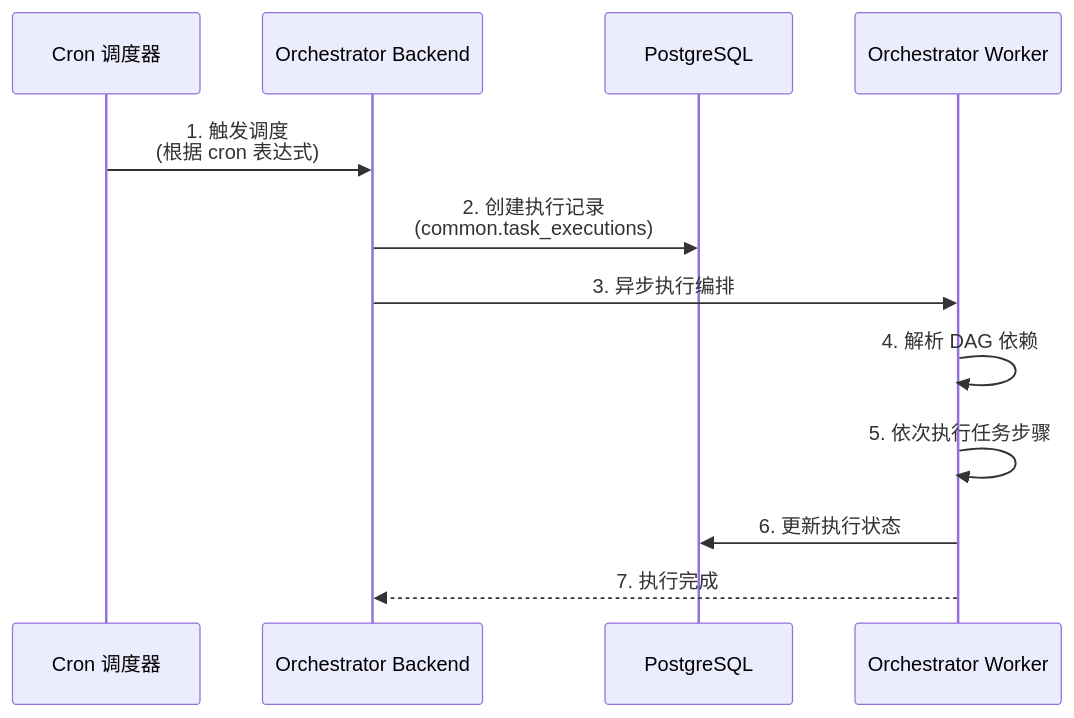
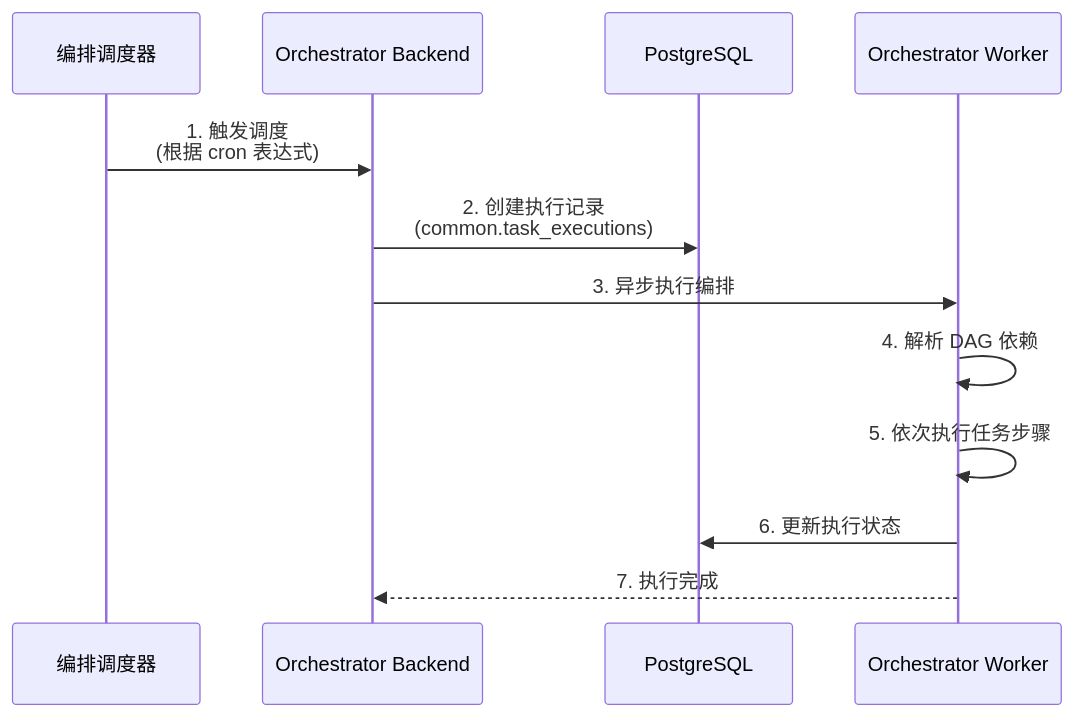
The sixth of 6 diagrams in docs/concepts/addp任务编排体系图.md (pampa0629/addp), drawn with Mermaid before and after one commit. The commit also changed other lines of this file and 119 other files, not shown here.

````diff
--- a/docs/concepts/addp任务编排体系图.md
+++ b/docs/concepts/addp任务编排体系图.md
@@ -361,15 +363,15 @@
 ```mermaid
 sequenceDiagram
-    participant Cron as Cron 调度器
+    participant Cron as 编排调度器
     participant Orchestrator as Orchestrator Backend
     participant DB as PostgreSQL
     participant Worker as Orchestrator Worker
 
     Cron->>Orchestrator: 1. 触发调度<br/>(根据 cron 表达式)
     Orchestrator->>DB: 2. 创建执行记录<br/>(common.task_executions)
     Orchestrator->>Worker: 3. 异步执行编排
     Worker->>Worker: 4. 解析 DAG 依赖
     Worker->>Worker: 5. 依次执行任务步骤
     Worker->>DB: 6. 更新执行状态
     Worker-->>Orchestrator: 7. 执行完成
 ```
````
